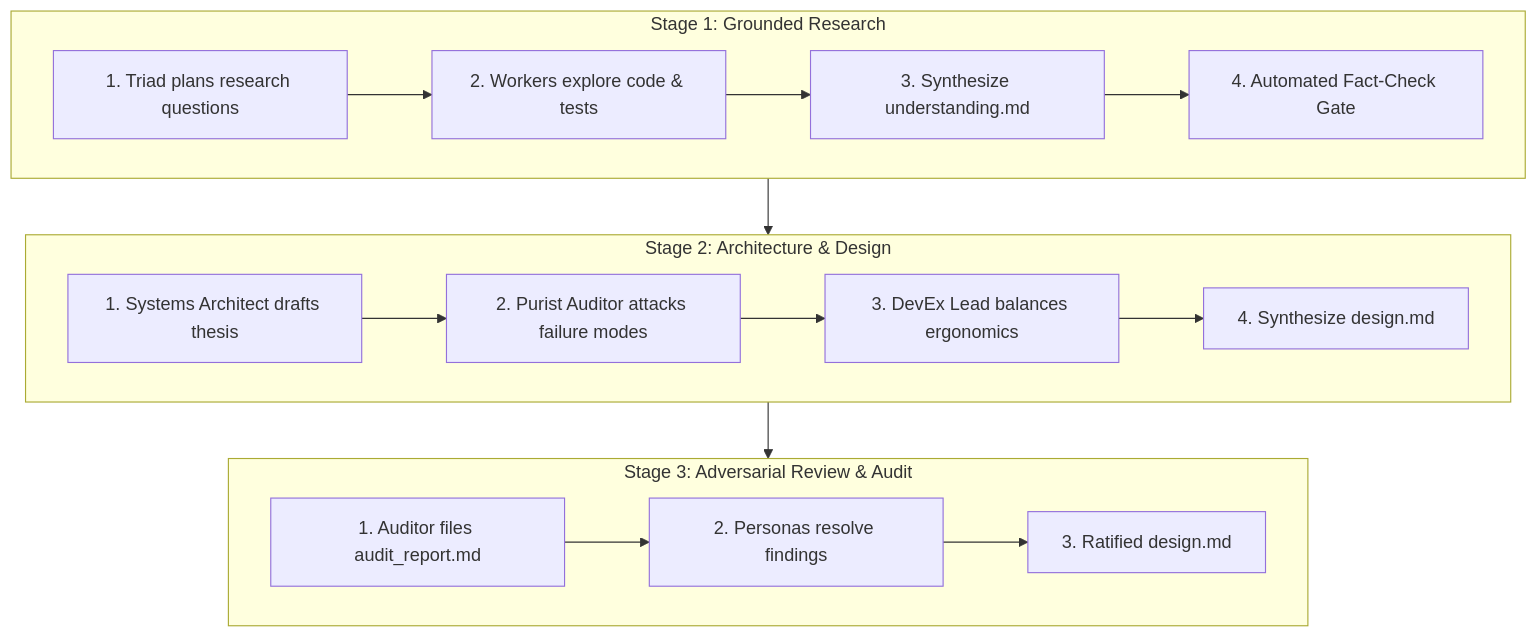
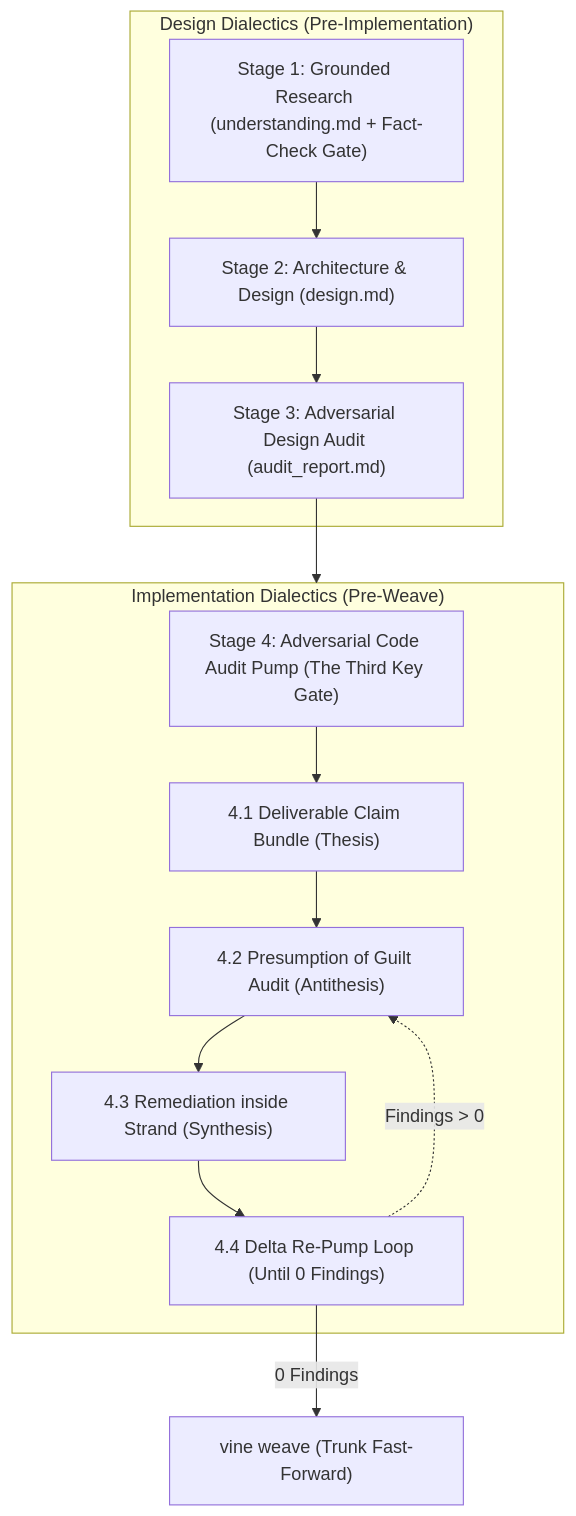
The first of 2 diagrams in skills/dialectical-pump/SKILL.md (axiomantic/garden), drawn with Mermaid before and after one commit. The commit also changed other lines of this file and 4 other files, not shown here.

Commit message:
feat(audit): codify pre-weave adversarial code audit pump, literal fidelity mandate, and three-key gate

````diff
--- a/skills/dialectical-pump/SKILL.md
+++ b/skills/dialectical-pump/SKILL.md
@@ -36,27 +36,22 @@
 ```mermaid
 flowchart TD
-    subgraph Stage1["Stage 1: Grounded Research"]
-        S1A["1. Triad plans research questions"]
-        S1B["2. Workers explore code & tests"]
-        S1C["3. Synthesize understanding.md"]
-        S1D["4. Automated Fact-Check Gate"]
-        S1A --> S1B --> S1C --> S1D
+    subgraph DesignPhase["Design Dialectics (Pre-Implementation)"]
+        Stage1["Stage 1: Grounded Research (understanding.md + Fact-Check Gate)"]
+        Stage2["Stage 2: Architecture & Design (design.md)"]
+        Stage3["Stage 3: Adversarial Design Audit (audit_report.md)"]
+        Stage1 --> Stage2 --> Stage3
     end
 
-    subgraph Stage2["Stage 2: Architecture & Design"]
-        S2A["1. Systems Architect drafts thesis"]
-        S2B["2. Purist Auditor attacks failure modes"]
-        S2C["3. DevEx Lead balances ergonomics"]
-        S2D["4. Synthesize design.md"]
-        S2A --> S2B --> S2C --> S2D
+    subgraph ImplementationPhase["Implementation Dialectics (Pre-Weave)"]
+        Stage4["Stage 4: Adversarial Code Audit Pump (The Third Key Gate)"]
+        Stage4A["4.1 Deliverable Claim Bundle (Thesis)"]
+        Stage4B["4.2 Presumption of Guilt Audit (Antithesis)"]
+        Stage4C["4.3 Remediation inside Strand (Synthesis)"]
+        Stage4D["4.4 Delta Re-Pump Loop (Until 0 Findings)"]
+        Stage4 --> Stage4A --> Stage4B --> Stage4C --> Stage4D
+        Stage4D -.->|"Findings > 0"| Stage4B
     end
 
-    subgraph Stage3["Stage 3: Adversarial Review & Audit"]
-        S3A["1. Auditor files audit_report.md"]
-        S3B["2. Personas resolve findings"]
-        S3C["3. Ratified design.md"]
-        S3A --> S3B --> S3C
-    end
-
-    Stage1 --> Stage2 --> Stage3
+    Stage3 --> ImplementationPhase
+    Stage4D -->|"0 Findings"| Weave["vine weave (Trunk Fast-Forward)"]
 ```
````
